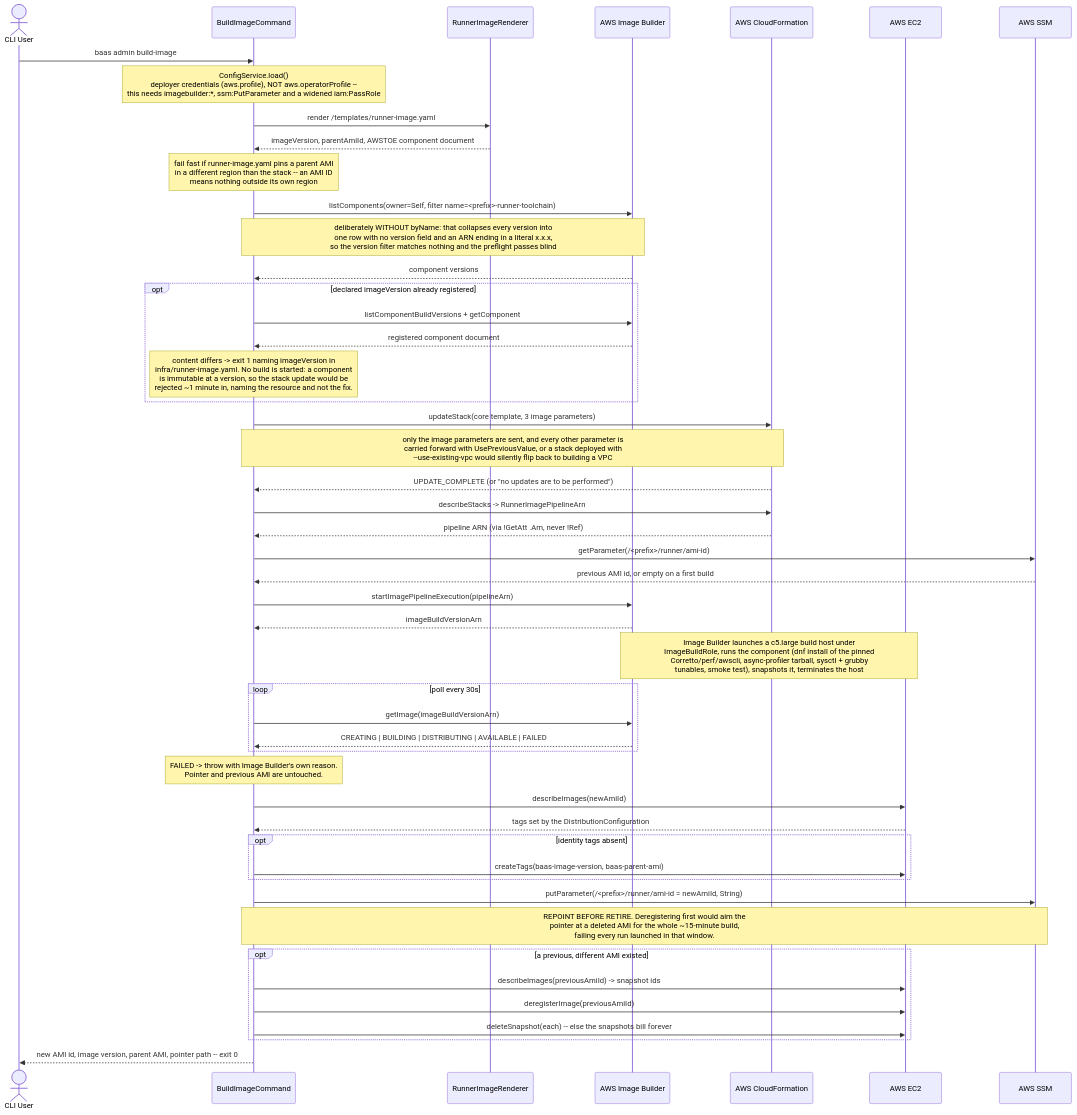
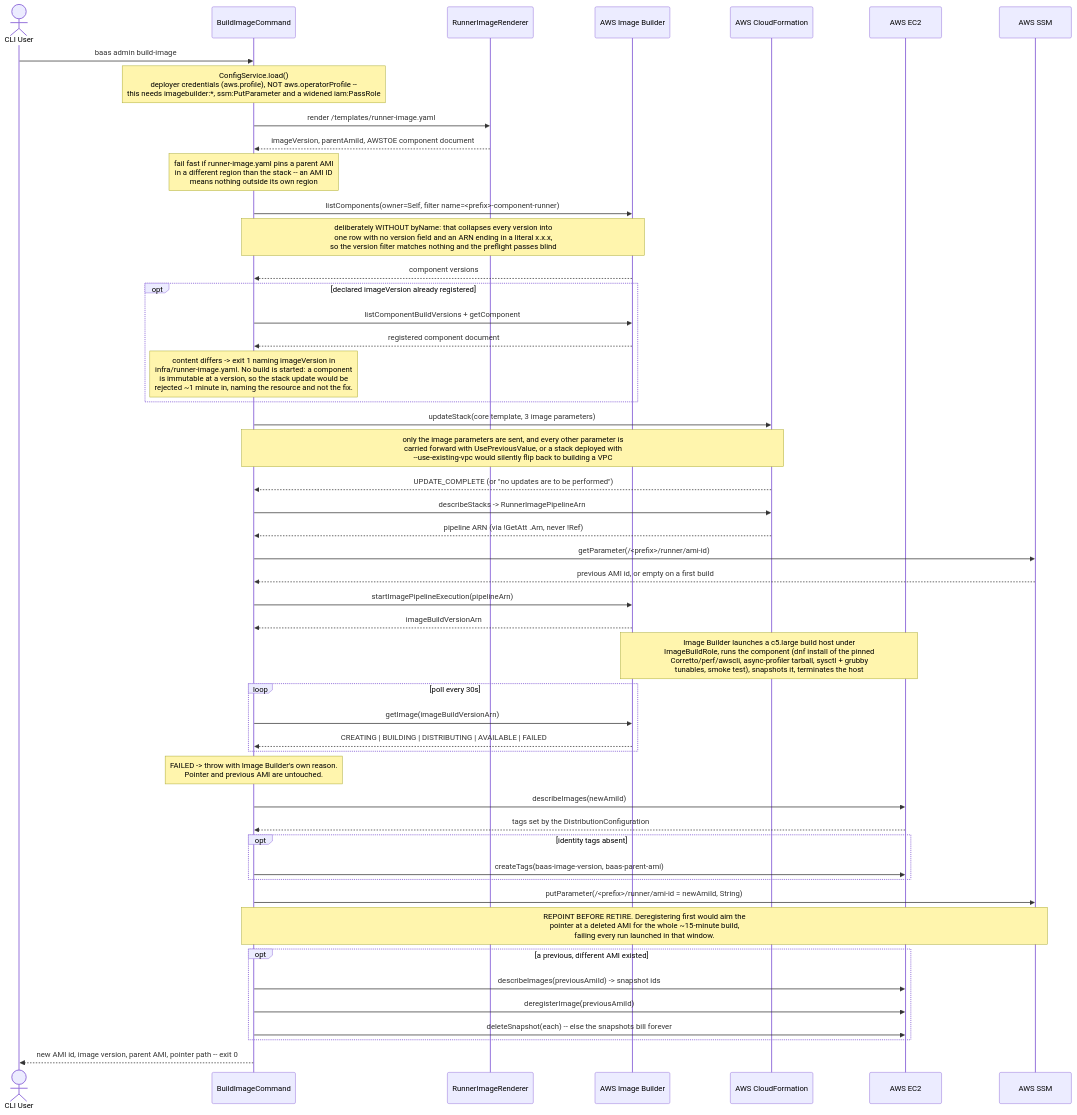
The diagram in docs/diagrams/baas-build-image.mmd (wsztajerowski/benchmark-as-a-service), drawn with Mermaid before and after one commit. The commit also changed 46 other files, not shown here.

```diff
--- a/docs/diagrams/baas-build-image.mmd
+++ b/docs/diagrams/baas-build-image.mmd
@@ -1,56 +1,56 @@
 sequenceDiagram
     actor User as CLI User
     participant BIC as BuildImageCommand
     participant RIR as RunnerImageRenderer
     participant IB as AWS Image Builder
     participant CF as AWS CloudFormation
     participant EC2 as AWS EC2
     participant SSM as AWS SSM
 
     User->>BIC: baas admin build-image
     Note over BIC: ConfigService.load()<br/>deployer credentials (aws.profile), NOT aws.operatorProfile --<br/>this needs imagebuilder:*, ssm:PutParameter and a widened iam:PassRole
     BIC->>RIR: render /templates/runner-image.yaml
     RIR-->>BIC: imageVersion, parentAmiId, AWSTOE component document
     Note over BIC: fail fast if runner-image.yaml pins a parent AMI<br/>in a different region than the stack -- an AMI ID<br/>means nothing outside its own region
 
-    BIC->>IB: listComponents(owner=Self, filter name=<prefix>-runner-toolchain)
+    BIC->>IB: listComponents(owner=Self, filter name=<prefix>-component-runner)
     Note over BIC,IB: deliberately WITHOUT byName: that collapses every version into<br/>one row with no version field and an ARN ending in a literal x.x.x,<br/>so the version filter matches nothing and the preflight passes blind
     IB-->>BIC: component versions
     opt declared imageVersion already registered
         BIC->>IB: listComponentBuildVersions + getComponent
         IB-->>BIC: registered component document
         Note over BIC: content differs -> exit 1 naming imageVersion in<br/>infra/runner-image.yaml. No build is started: a component<br/>is immutable at a version, so the stack update would be<br/>rejected ~1 minute in, naming the resource and not the fix.
     end
 
     BIC->>CF: updateStack(core template, 3 image parameters)
     Note over BIC,CF: only the image parameters are sent, and every other parameter is<br/>carried forward with UsePreviousValue, or a stack deployed with<br/>--use-existing-vpc would silently flip back to building a VPC
     CF-->>BIC: UPDATE_COMPLETE (or "no updates are to be performed")
     BIC->>CF: describeStacks -> RunnerImagePipelineArn
     CF-->>BIC: pipeline ARN (via !GetAtt .Arn, never !Ref)
 
     BIC->>SSM: getParameter(/<prefix>/runner/ami-id)
     SSM-->>BIC: previous AMI id, or empty on a first build
 
     BIC->>IB: startImagePipelineExecution(pipelineArn)
     IB-->>BIC: imageBuildVersionArn
     Note over IB,EC2: Image Builder launches a c5.large build host under<br/>ImageBuildRole, runs the component (dnf install of the pinned<br/>Corretto/perf/awscli, async-profiler tarball, sysctl + grubby<br/>tunables, smoke test), snapshots it, terminates the host
     loop poll every 30s
         BIC->>IB: getImage(imageBuildVersionArn)
         IB-->>BIC: CREATING | BUILDING | DISTRIBUTING | AVAILABLE | FAILED
     end
     Note over BIC: FAILED -> throw with Image Builder's own reason.<br/>Pointer and previous AMI are untouched.
 
     BIC->>EC2: describeImages(newAmiId)
     EC2-->>BIC: tags set by the DistributionConfiguration
     opt identity tags absent
         BIC->>EC2: createTags(baas-image-version, baas-parent-ami)
     end
 
     BIC->>SSM: putParameter(/<prefix>/runner/ami-id = newAmiId, String)
     Note over BIC,SSM: REPOINT BEFORE RETIRE. Deregistering first would aim the<br/>pointer at a deleted AMI for the whole ~15-minute build,<br/>failing every run launched in that window.
     opt a previous, different AMI existed
         BIC->>EC2: describeImages(previousAmiId) -> snapshot ids
         BIC->>EC2: deregisterImage(previousAmiId)
         BIC->>EC2: deleteSnapshot(each) -- else the snapshots bill forever
     end
     BIC-->>User: new AMI id, image version, parent AMI, pointer path -- exit 0
```
